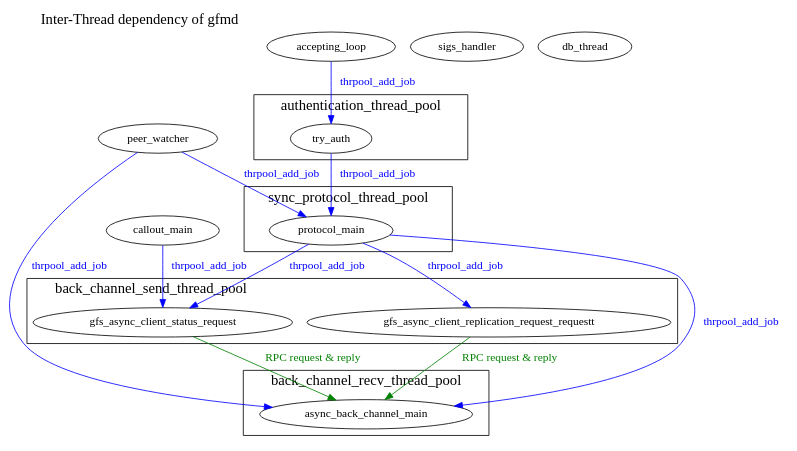
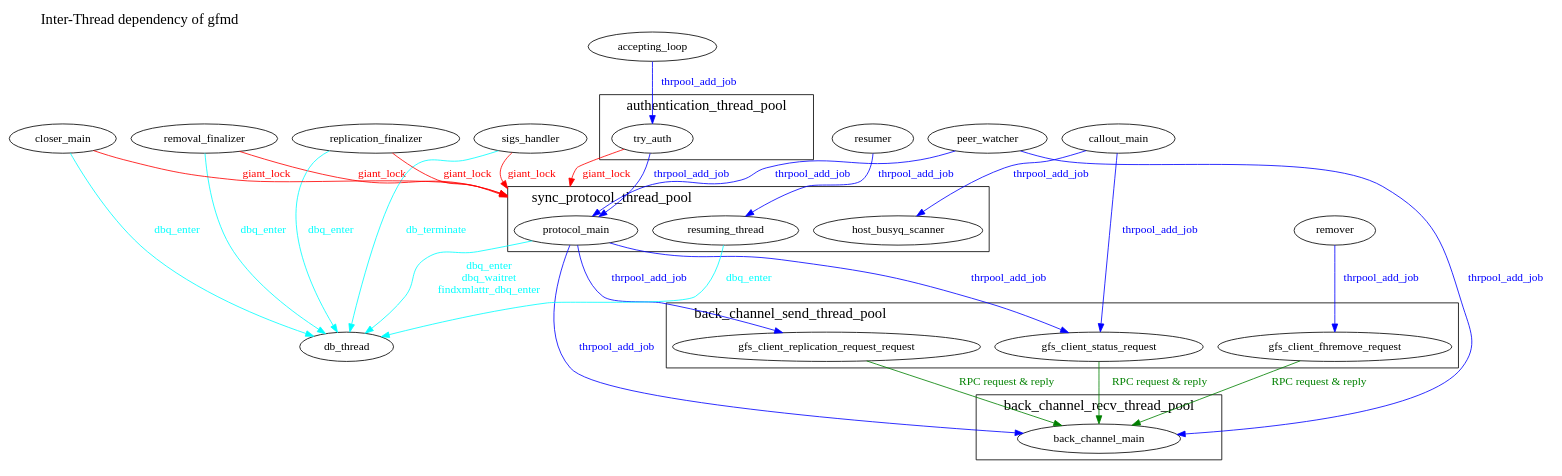
The diagram in doc/internal/png/gfmd-thread-dependency.dot (oss-tsukuba/gfarm), drawn with Graphviz before and after one commit. The commit also changed 1 other file, not shown here.

```diff
--- a/doc/internal/png/gfmd-thread-dependency.dot
+++ b/doc/internal/png/gfmd-thread-dependency.dot
@@ -1,62 +1,112 @@
 digraph threads {
   graph [label = "Inter-Thread dependency of gfmd",
-	labelloc = t, labeljust = l, fontsize = 18];
+	labelloc = t, labeljust = l, fontsize = 18,
+	compound = true];
 
   accepting_loop;
+  removal_finalizer;
   sigs_handler;
   callout_main;
+  peer_watcher;
+  replication_finalizer;
+  remover;
+  resumer;
+  closer_main;
+
+
   db_thread;
-  peer_watcher;
+
+  protocol_main -> db_thread
+	[label = "dbq_enter\ndbq_waitret\nfindxmlattr_dbq_enter",
+	 fontcolor = cyan, color = cyan ];
+  resuming_thread -> db_thread
+	[label = "dbq_enter", fontcolor = cyan, color = cyan ];
+  replication_finalizer -> db_thread
+	[label = "dbq_enter", fontcolor = cyan, color = cyan ];
+  removal_finalizer -> db_thread
+	[label = "dbq_enter", fontcolor = cyan, color = cyan ];
+  closer_main -> db_thread
+	[label = "dbq_enter", fontcolor = cyan, color = cyan ];
+  sigs_handler -> db_thread
+	[label = "db_terminate", fontcolor = cyan, color = cyan ];
 
 
   subgraph cluster0 {
     label = "authentication_thread_pool";
 
     try_auth;
   }
 
+  accepting_loop -> try_auth
+	[label = "thrpool_add_job", fontcolor = blue, color = blue];
+
 
   subgraph cluster1 {
     label = "sync_protocol_thread_pool";
 
+    host_busyq_scanner;
     protocol_main;
+    resuming_thread;
   }
 
-  accepting_loop -> try_auth
+  callout_main -> host_busyq_scanner
 	[label = "thrpool_add_job", fontcolor = blue, color = blue];
   try_auth -> protocol_main
 	[label = "thrpool_add_job", fontcolor = blue, color = blue];
   peer_watcher -> protocol_main
 	[label = "thrpool_add_job", fontcolor = blue, color = blue];
+  resumer -> resuming_thread
+	[label = "thrpool_add_job", fontcolor = blue, color = blue];
+
+  try_auth -> protocol_main
+	[label = "giant_lock", fontcolor = red, color = red,
+	lhead=cluster1];
+  replication_finalizer -> protocol_main
+	[label = "giant_lock", fontcolor = red, color = red,
+	lhead=cluster1];
+  removal_finalizer -> protocol_main
+	[label = "giant_lock", fontcolor = red, color = red,
+	lhead=cluster1];
+  closer_main -> protocol_main
+	[label = "giant_lock", fontcolor = red, color = red,
+	lhead=cluster1];
+  sigs_handler -> protocol_main
+	[label = "giant_lock", fontcolor = red, color = red,
+	lhead=cluster1];
 
 
   subgraph cluster2 {
     label = "back_channel_send_thread_pool";
 
-    gfs_async_client_status_request;
-    gfs_async_client_replication_request_requestt;
+    gfs_client_status_request;
+    gfs_client_fhremove_request;
+    gfs_client_replication_request_request;
   }
 
-  protocol_main -> gfs_async_client_replication_request_requestt
+  protocol_main -> gfs_client_replication_request_request
 	[label = "thrpool_add_job", fontcolor = blue, color = blue];
-  protocol_main -> gfs_async_client_status_request
+  protocol_main -> gfs_client_status_request
 	[label = "thrpool_add_job", fontcolor = blue, color = blue];
-  callout_main -> gfs_async_client_status_request
+  callout_main -> gfs_client_status_request
+	[label = "thrpool_add_job", fontcolor = blue, color = blue];
+  remover -> gfs_client_fhremove_request
 	[label = "thrpool_add_job", fontcolor = blue, color = blue];
 
 
   subgraph cluster3 {
     label = "back_channel_recv_thread_pool";
 
-    async_back_channel_main;
+    back_channel_main;
   }
 
-  protocol_main -> async_back_channel_main
+  protocol_main -> back_channel_main
 	[label = "thrpool_add_job", fontcolor = blue, color = blue];
-  peer_watcher -> async_back_channel_main
+  peer_watcher -> back_channel_main
 	[label = "thrpool_add_job", fontcolor = blue, color = blue];
-  gfs_async_client_status_request -> async_back_channel_main
+  gfs_client_status_request -> back_channel_main
 	[label = "RPC request & reply", fontcolor = green, color = green];
-  gfs_async_client_replication_request_requestt -> async_back_channel_main
+  gfs_client_fhremove_request -> back_channel_main
+	[label = "RPC request & reply", fontcolor = green, color = green];
+  gfs_client_replication_request_request -> back_channel_main
 	[label = "RPC request & reply", fontcolor = green, color = green];
 }
```
